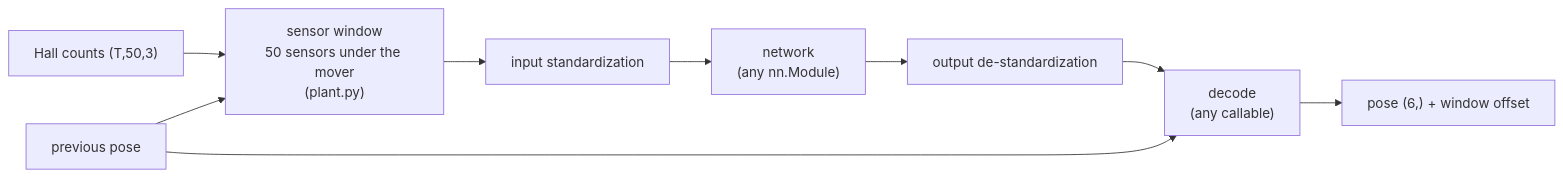
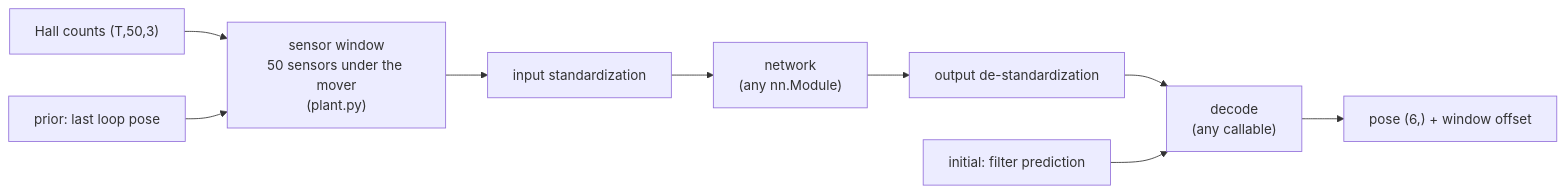
Before and after one commit to Verschnupft/MagLevClosedLoop: the second of 5 diagrams in docs/architecture.md, drawn with Mermaid. The commit also changed other lines of this file and 12 other files, not shown here.

Commit message:
Limit coil currents with anti-windup and couple estimators to the Kalman filter as in MagLevPoseEstimation

````diff
--- a/docs/architecture.md
+++ b/docs/architecture.md
@@ -122,8 +135,8 @@
 ```mermaid
 flowchart LR
   H["Hall counts (T,50,3)"] --> W["sensor window<br/>50 sensors under the mover<br/>(plant.py)"]
   W --> N["input standardization"] --> NET["network<br/>(any nn.Module)"] --> D["output de-standardization"] --> DEC["decode<br/>(any callable)"]
   DEC --> P["pose (6,) + window offset"]
-  PREV["previous pose"] --> W
-  PREV --> DEC
+  PRIOR["prior: last loop pose"] --> W
+  INIT["initial: filter prediction"] --> DEC
 ```
````
